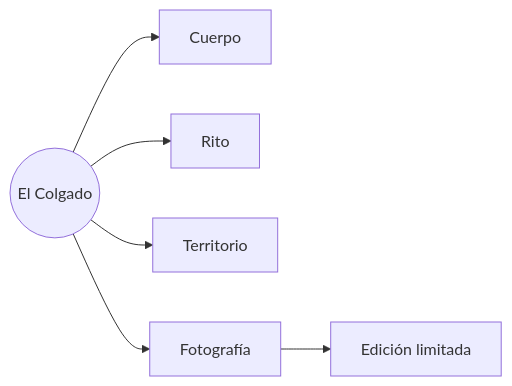
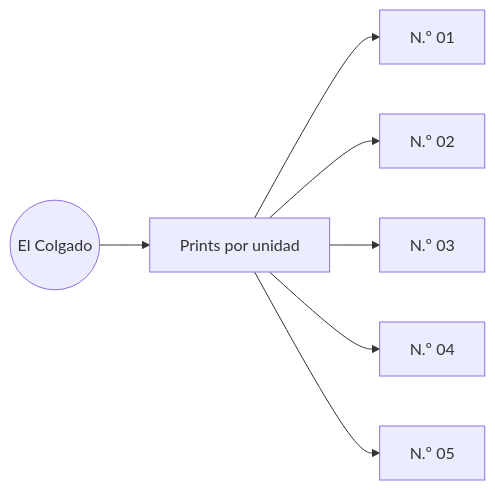
Before and after one commit to EGGS-Artesvisuales/EGGS-Artesvisuales.github.io: the diagram in ES/serie-el-colgado.md, drawn with Mermaid. The commit also changed other lines of this file, not shown here.

Commit message:
Ajusta landing ES de El Colgado a venta por unidad

```diff
--- a/ES/serie-el-colgado.md
+++ b/ES/serie-el-colgado.md
@@ -33,8 +33,9 @@
 <div class="mermaid">
 flowchart LR
-  A((El Colgado)) --> C[Cuerpo]
-  A --> R[Rito]
-  A --> T[Territorio]
-  A --> F[Fotografía]
-  F --> E[Edición limitada]
+  A((El Colgado)) --> U[Prints por unidad]
+  U --> N1[N.º 01]
+  U --> N2[N.º 02]
+  U --> N3[N.º 03]
+  U --> N4[N.º 04]
+  U --> N5[N.º 05]
 </div>
```
